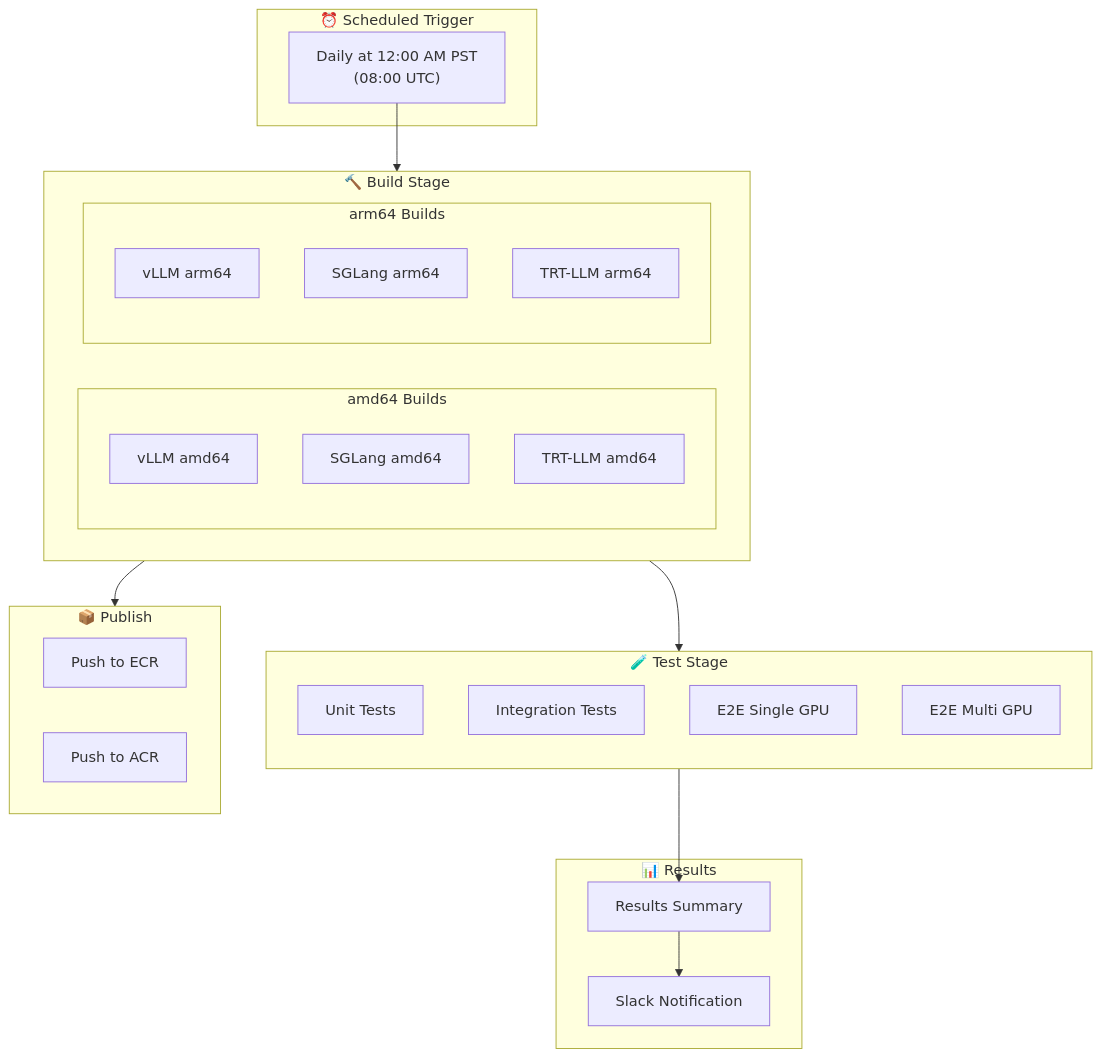
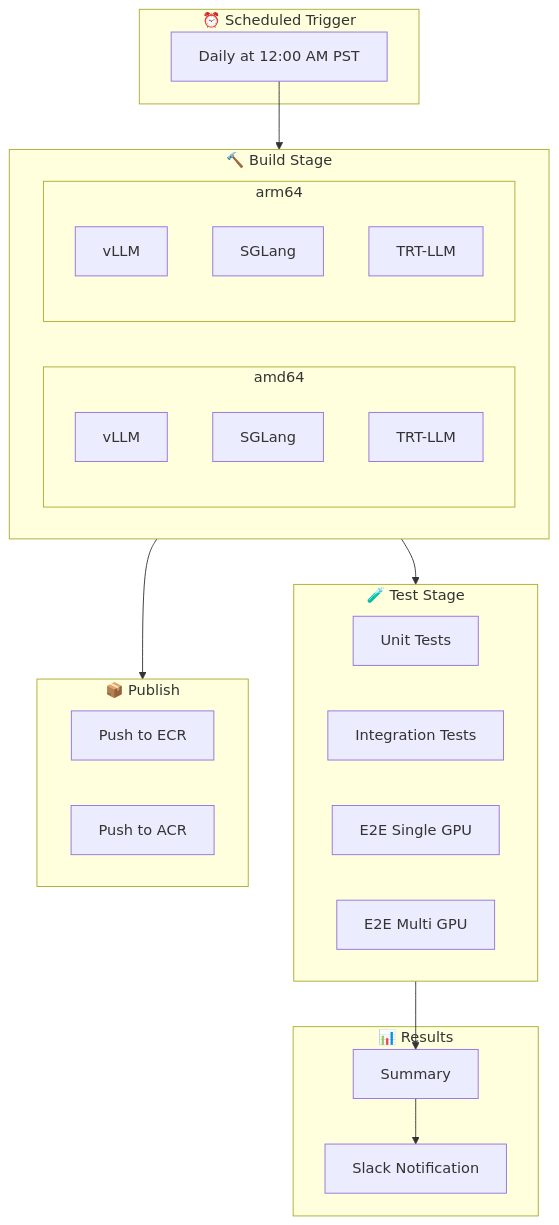
The first of 5 diagrams in .github/NIGHTLY_WORKFLOW.md (ai-dynamo/dynamo), drawn with Mermaid before and after one commit. The commit also changed other lines of this file and 3 other files, not shown here.

````diff
--- a/.github/NIGHTLY_WORKFLOW.md
+++ b/.github/NIGHTLY_WORKFLOW.md
@@ -17,44 +9,42 @@
 ```mermaid
 flowchart TD
     subgraph Trigger["⏰ Scheduled Trigger"]
-        A["Daily at 12:00 AM PST<br/>(08:00 UTC)"]
+        A["Daily at 12:00 AM PST"]
     end
 
     subgraph Build["🔨 Build Stage"]
         direction LR
-        subgraph AMD64["amd64 Builds"]
-            B1[vLLM amd64]
-            B2[SGLang amd64]
-            B3[TRT-LLM amd64]
+        subgraph AMD64["amd64"]
+            B1[vLLM]
+            B2[SGLang]
+            B3[TRT-LLM]
         end
-        subgraph ARM64["arm64 Builds"]
-            B4[vLLM arm64]
-            B5[SGLang arm64]
-            B6[TRT-LLM arm64]
+        subgraph ARM64["arm64"]
+            B4[vLLM]
+            B5[SGLang]
+            B6[TRT-LLM]
         end
     end
 
     subgraph Test["🧪 Test Stage"]
-        direction TB
         T1[Unit Tests]
         T2[Integration Tests]
         T3[E2E Single GPU]
         T4[E2E Multi GPU]
     end
 
     subgraph Publish["📦 Publish"]
         P1[Push to ECR]
         P2[Push to ACR]
     end
 
     subgraph Report["📊 Results"]
-        R1[Results Summary]
+        R1[Summary]
         R2[Slack Notification]
     end
 
     A --> Build
     Build --> Test
     Build --> Publish
-    Test --> R1
-    R1 --> R2
+    Test --> R1 --> R2
 ```
````
